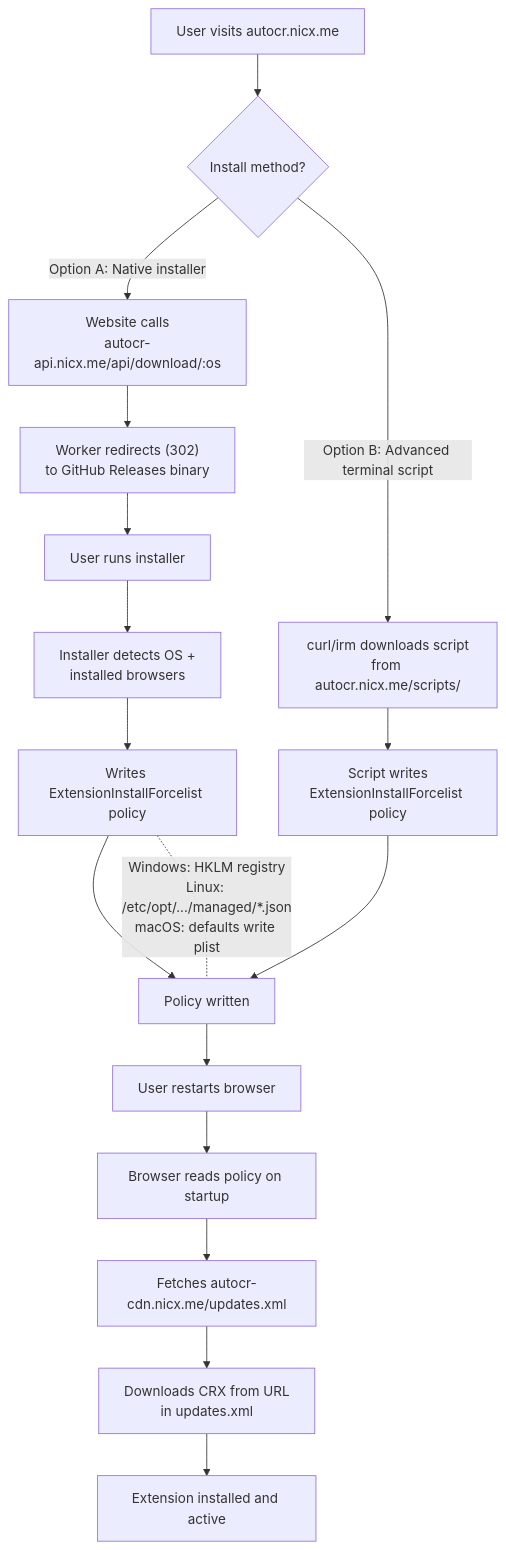
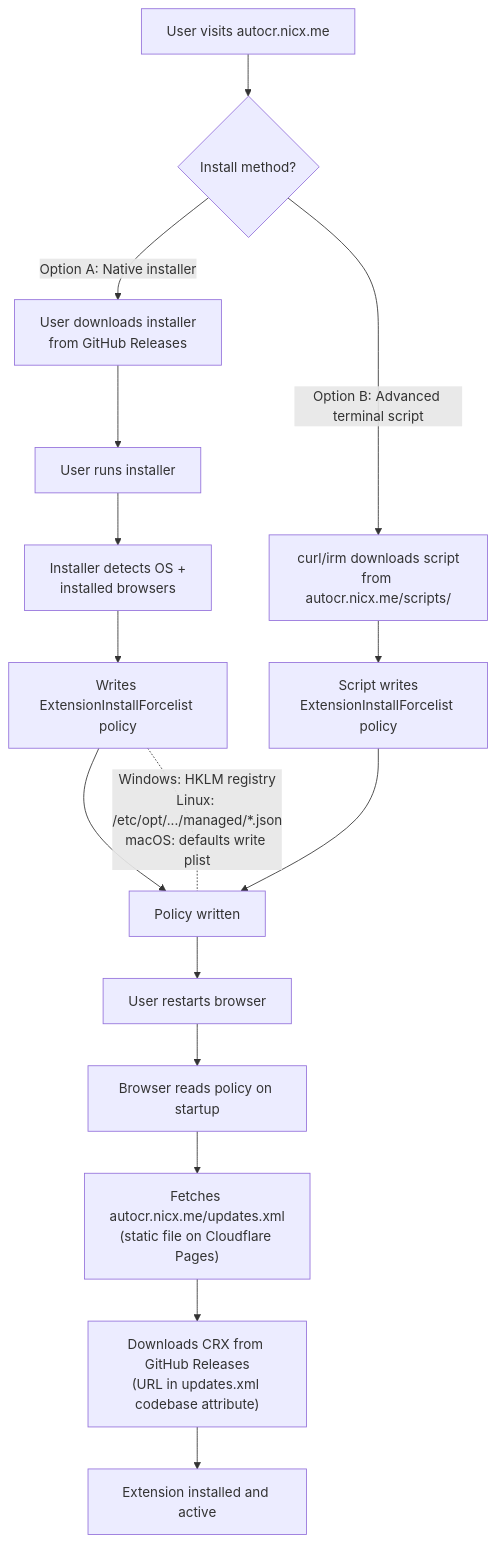
One commit to NICxKMS/auto-coursera changed the second of 3 diagrams in docs/ARCHITECTURE.md. Above: the diagram before and after it, drawn with Mermaid. The commit also changed other lines of this file and 53 other files, not shown here.

````diff
--- a/docs/ARCHITECTURE.md
+++ b/docs/ARCHITECTURE.md
@@ -304,24 +237,23 @@
 ```mermaid
 flowchart TD
     START["User visits autocr.nicx.me"] --> CHOICE{"Install method?"}
 
-    CHOICE -->|"Option A: Native installer"| DL["Website calls\nautocr-api.nicx.me/api/download/:os"]
-    DL --> REDIRECT["Worker redirects (302)\nto GitHub Releases binary"]
-    REDIRECT --> RUN["User runs installer"]
+    CHOICE -->|"Option A: Native installer"| DL["User downloads installer\nfrom GitHub Releases"]
+    DL --> RUN["User runs installer"]
     RUN --> DETECT["Installer detects OS +\ninstalled browsers"]
     DETECT --> WRITE_A["Writes ExtensionInstallForcelist policy"]
 
     CHOICE -->|"Option B: Advanced terminal script"| CURL["curl/irm downloads script\nfrom autocr.nicx.me/scripts/"]
     CURL --> WRITE_B["Script writes\nExtensionInstallForcelist policy"]
 
     WRITE_A --> POLICY["Policy written"]
     WRITE_B --> POLICY
 
     POLICY --> RESTART["User restarts browser"]
     RESTART --> READ["Browser reads policy on startup"]
-    READ --> FETCH["Fetches autocr-cdn.nicx.me/updates.xml"]
-    FETCH --> DOWNLOAD["Downloads CRX from URL\nin updates.xml"]
+    READ --> FETCH["Fetches autocr.nicx.me/updates.xml\n(static file on Cloudflare Pages)"]
+    FETCH --> DOWNLOAD["Downloads CRX from GitHub Releases\n(URL in updates.xml codebase attribute)"]
     DOWNLOAD --> INSTALLED["Extension installed and active"]
 
     WRITE_A -.- |"Windows: HKLM registry\nLinux: /etc/opt/.../managed/*.json\nmacOS: defaults write plist"| POLICY
 ```
````
